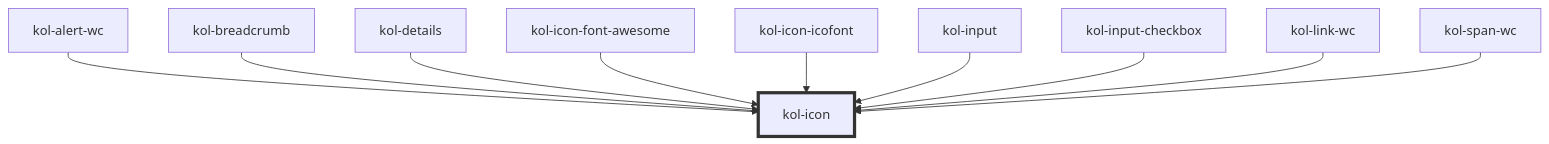
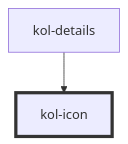
One commit to public-ui/kolibri changed the diagram in packages/components/src/components/icon/readme.md. Above: the diagram before and after it, drawn with Mermaid. The commit also changed other lines of this file and 159 other files, not shown here.

````diff
--- a/packages/components/src/components/icon/readme.md
+++ b/packages/components/src/components/icon/readme.md
@@ -81,13 +73,5 @@
 ```mermaid
 graph TD;
-  kol-alert-wc --> kol-icon
-  kol-breadcrumb --> kol-icon
   kol-details --> kol-icon
-  kol-icon-font-awesome --> kol-icon
-  kol-icon-icofont --> kol-icon
-  kol-input --> kol-icon
-  kol-input-checkbox --> kol-icon
-  kol-link-wc --> kol-icon
-  kol-span-wc --> kol-icon
   style kol-icon stroke:#333,stroke-width:4px
 ```
````
